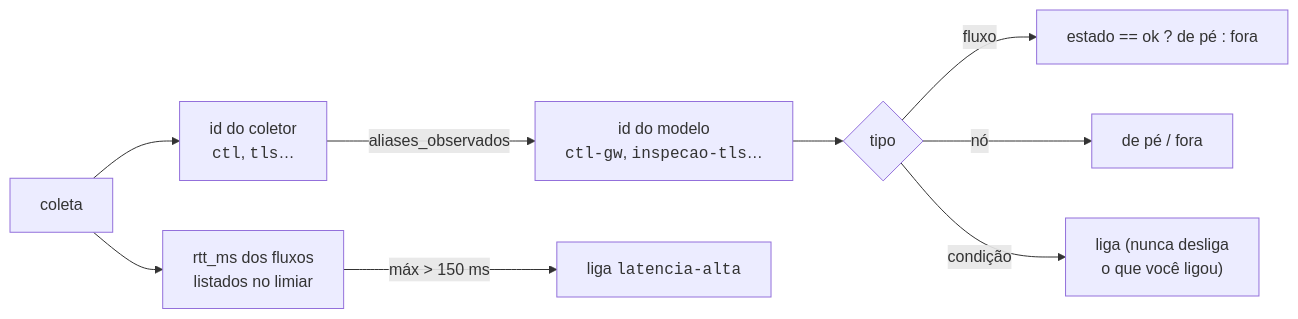
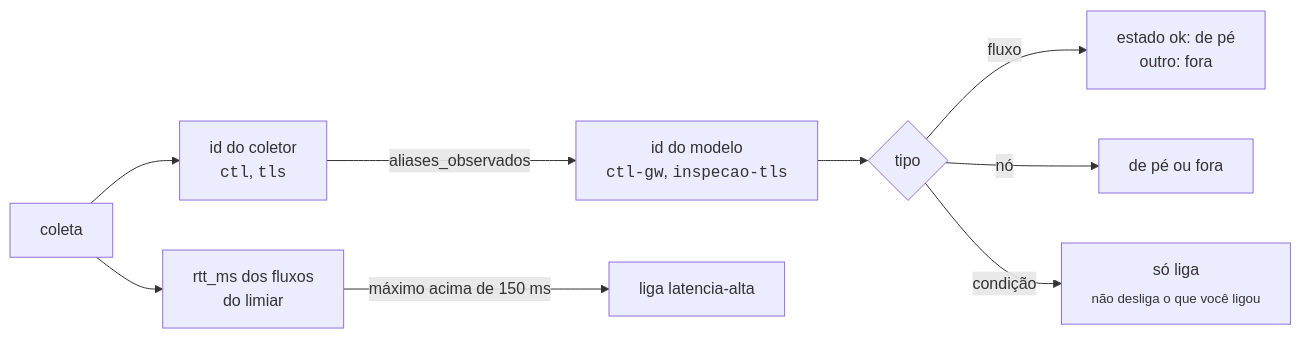
The eighth of 12 diagrams in README.md (tr0drigues/gemeodigital), drawn with Mermaid before and after one commit. The commit also changed other lines of this file and 2 other files, not shown here.

````diff
--- a/README.md
+++ b/README.md
@@ -557,11 +468,11 @@
 ```mermaid
 flowchart LR
-    O["coleta"] --> A["id do coletor<br/><code>ctl</code>, <code>tls</code>…"]
-    A -- "aliases_observados" --> M["id do modelo<br/><code>ctl-gw</code>, <code>inspecao-tls</code>…"]
+    O["coleta"] --> A["id do coletor<br/><code>ctl</code>, <code>tls</code>"]
+    A -- "aliases_observados" --> M["id do modelo<br/><code>ctl-gw</code>, <code>inspecao-tls</code>"]
     M --> F{"tipo"}
-    F -- "fluxo" --> F1["estado == ok ? de pé : fora"]
-    F -- "nó" --> N1["de pé / fora"]
-    F -- "condição" --> C1["liga (nunca desliga<br/>o que você ligou)"]
-    O --> R["rtt_ms dos fluxos<br/>listados no limiar"]
-    R -- "máx > 150 ms" --> L["liga <code>latencia-alta</code>"]
+    F -- "fluxo" --> F1["estado ok: de pé<br/>outro: fora"]
+    F -- "nó" --> N1["de pé ou fora"]
+    F -- "condição" --> C1["só liga<br/><sub>não desliga o que você ligou</sub>"]
+    O --> R["rtt_ms dos fluxos<br/>do limiar"]
+    R -- "máximo acima de 150 ms" --> L["liga latencia-alta"]
 ```
````
